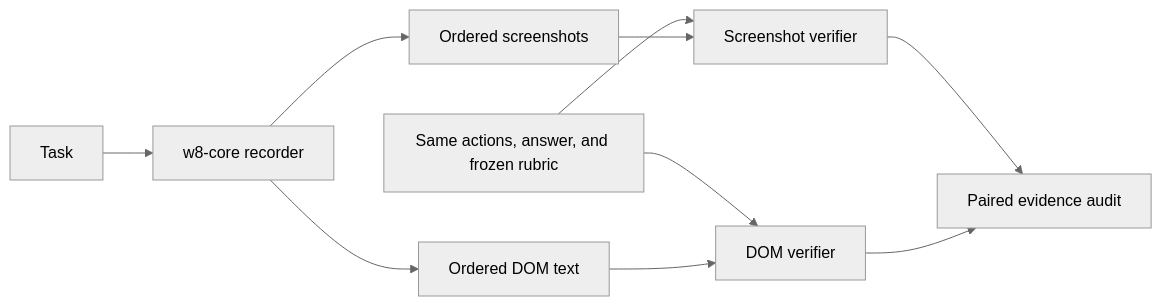
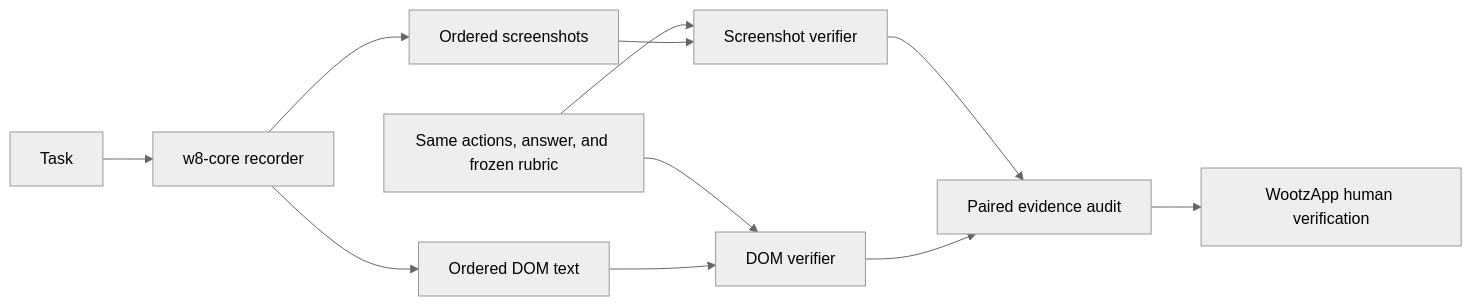
The diagram in README.md (wootzapp/w8-domdiff-bench), drawn with Mermaid (neutral theme) before and after one commit. The commit also changed other lines of this file and 9 other files, not shown here.

````diff
--- a/README.md
+++ b/README.md
@@ -95,12 +96,13 @@
 ```mermaid
 flowchart LR
     task[Task] --> record[w8-core recorder]
     record --> screenshots[Ordered screenshots]
     record --> dom[Ordered DOM text]
     shared[Same actions, answer, and frozen rubric] --> ssjudge[Screenshot verifier]
     shared --> domjudge[DOM verifier]
     screenshots --> ssjudge
     dom --> domjudge
     ssjudge --> audit[Paired evidence audit]
     domjudge --> audit
+    audit --> review[WootzApp human verification]
 ```
````
